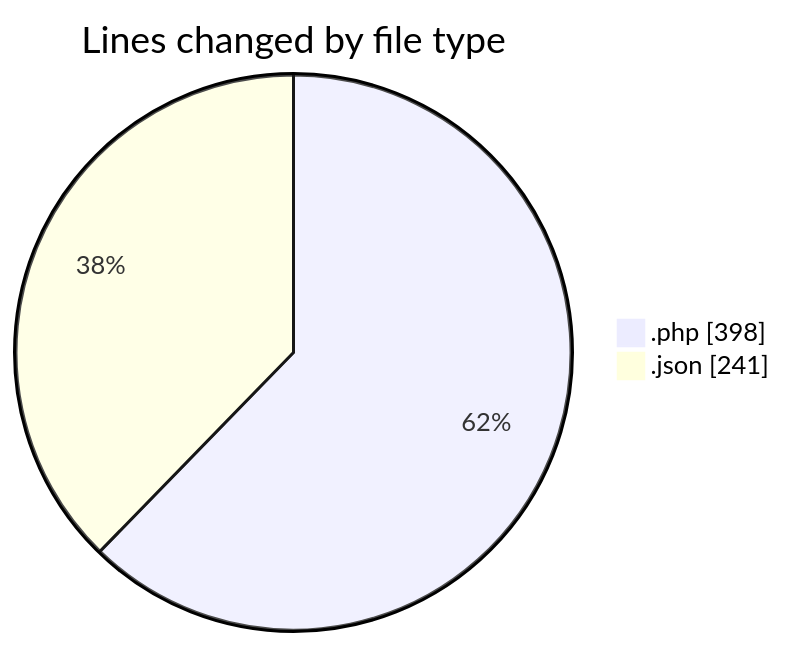
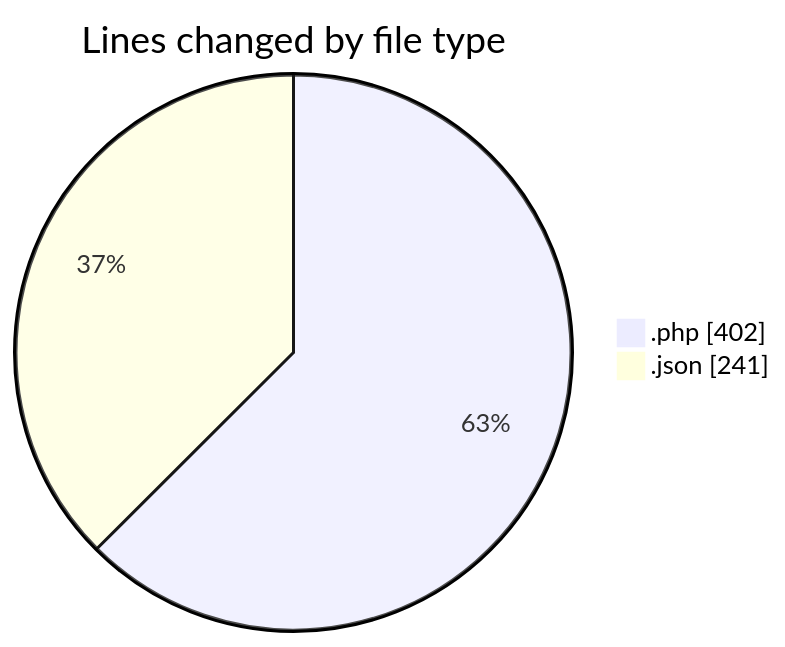
Before and after one commit to idhammustaqopulfikri/code-tracking: the first of 2 diagrams in 2025-03-30/autodidak/README.md, drawn with Mermaid. The commit also changed other lines of this file and 1 other file, not shown here.

````diff
--- a/2025-03-30/autodidak/README.md
+++ b/2025-03-30/autodidak/README.md
@@ -25,6 +25,6 @@
 ```mermaid
 pie showData
 title Lines changed by file type
-".php" : 398
+".php" : 402
 ".json" : 241
 ```
````
